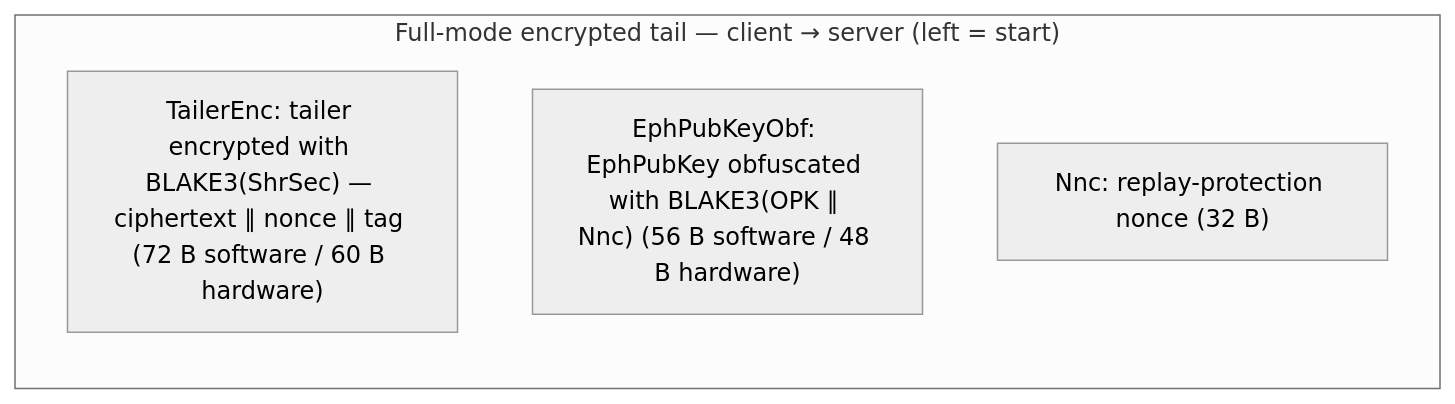
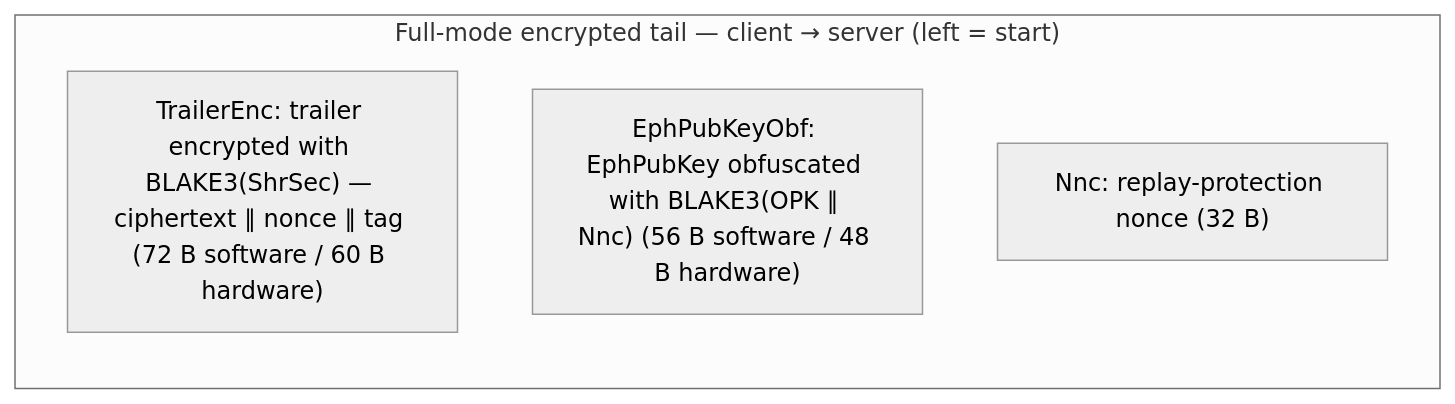
Diagram 13 of 13 in PROTOCOL.md (pseusys/TYPHOON), drawn with Mermaid (neutral theme) before and after one commit. The commit also changed other lines of this file and 59 other files, not shown here.

````diff
--- a/PROTOCOL.md
+++ b/PROTOCOL.md
@@ -818,8 +818,8 @@
 ```mermaid
 flowchart LR
     subgraph "Full-mode encrypted tail — client → server (left = start)"
-        TE["TailerEnc: tailer encrypted with BLAKE3(ShrSec) — ciphertext ∥ nonce ∥ tag (72 B software / 60 B hardware)"]
+        TE["TrailerEnc: trailer encrypted with BLAKE3(ShrSec) — ciphertext ∥ nonce ∥ tag (72 B software / 60 B hardware)"]
         EPO["EphPubKeyObf: EphPubKey obfuscated with BLAKE3(OPK ∥ Nnc) (56 B software / 48 B hardware)"]
         NNC["Nnc: replay-protection nonce (32 B)"]
     end
 ```
````
